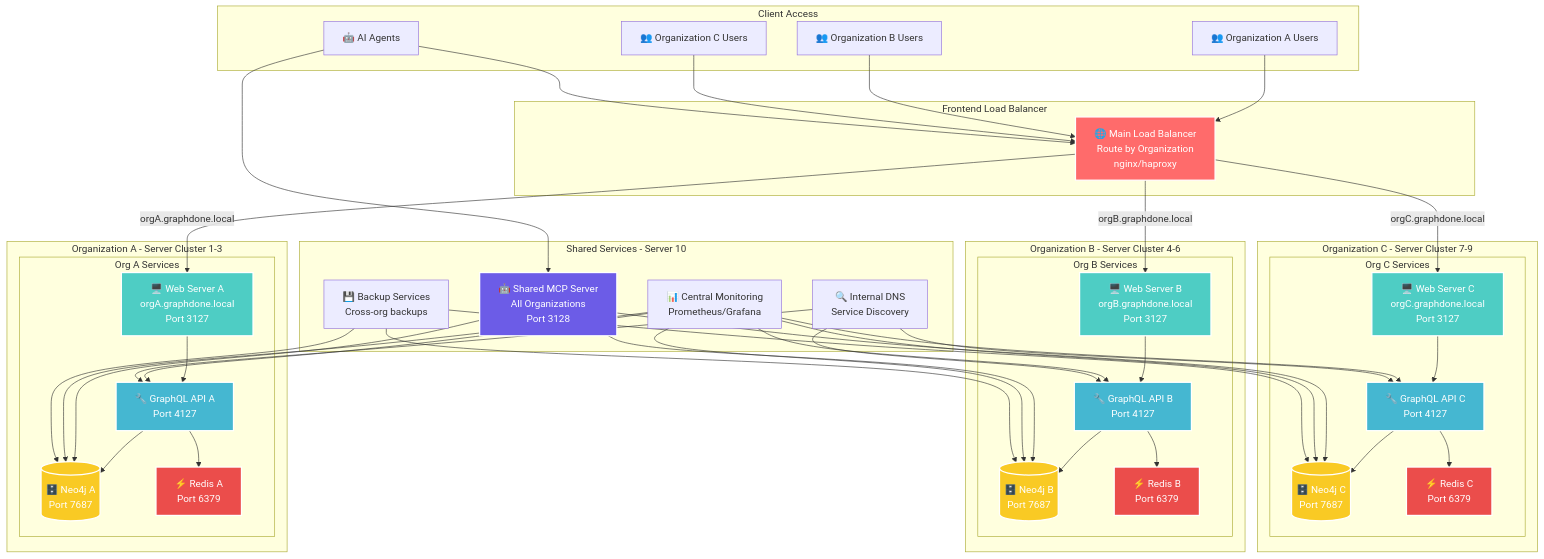
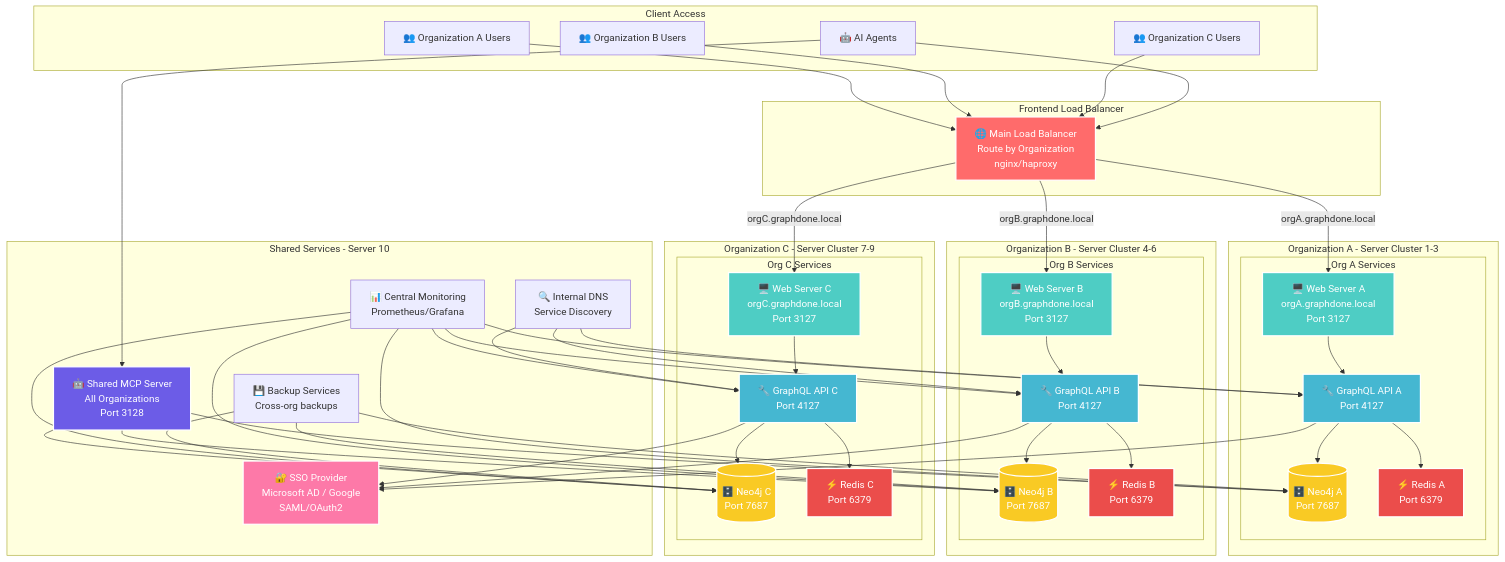
Before and after one commit to GraphDone/.github: the second of 2 diagrams in profile/README.md, drawn with Mermaid. The commit also changed other lines of this file, not shown here.

Commit message:
Add SSO integration to enterprise multi-tenant architecture
- Added SSO provider component with Microsoft AD/Google support
- Connected all organization APIs to centralized SSO service
- Added SSO styling and visual representation in mermaid diagram
- Updated deployment benefits to highlight SSO authentication

````diff
--- a/profile/README.md
+++ b/profile/README.md
@@ -94,6 +94,7 @@
         MONITOR[📊 Central Monitoring<br/>Prometheus/Grafana]
         DNS[🔍 Internal DNS<br/>Service Discovery]
         BACKUP[💾 Backup Services<br/>Cross-org backups]
+        SSO[🔐 SSO Provider<br/>Microsoft AD / Google<br/>SAML/OAuth2]
     end
     
     subgraph "Client Access"
@@ -144,6 +145,10 @@
     DNS --> API_B
     DNS --> API_C
     
+    API_A --> SSO
+    API_B --> SSO
+    API_C --> SSO
+    
     style LB fill:#ff6b6b,stroke:#fff,stroke-width:2px,color:#fff
     style WEB_A fill:#4ecdc4,stroke:#fff,stroke-width:2px,color:#fff
     style WEB_B fill:#4ecdc4,stroke:#fff,stroke-width:2px,color:#fff
@@ -158,4 +163,5 @@
     style REDIS_B fill:#eb4d4b,stroke:#fff,stroke-width:2px,color:#fff
     style REDIS_C fill:#eb4d4b,stroke:#fff,stroke-width:2px,color:#fff
     style MCP_SHARED fill:#6c5ce7,stroke:#fff,stroke-width:2px,color:#fff
+    style SSO fill:#fd79a8,stroke:#fff,stroke-width:2px,color:#fff
 ```
````
